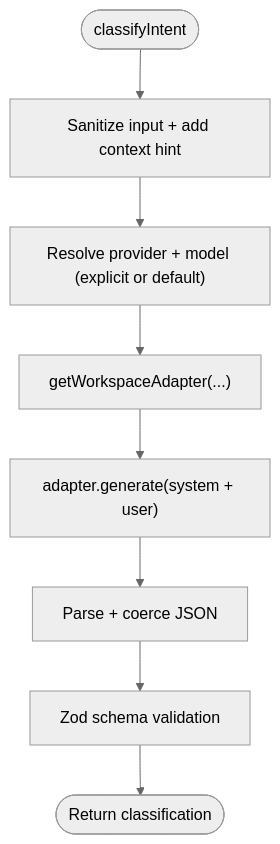
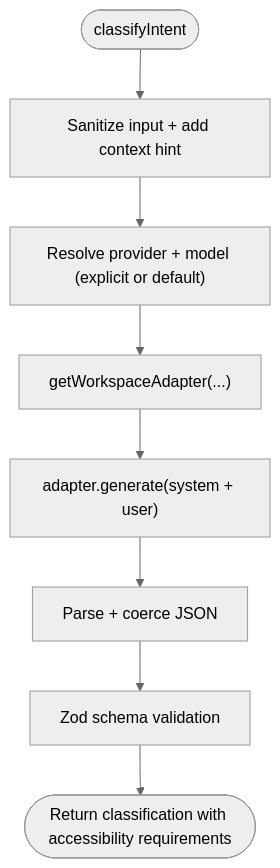
One commit to shekhargiri005-dotcom/AI-powered-accessibility-first-UI-engine changed the seventh of 11 diagrams in .qoder/repowiki/en/content/AI Generation Engine/AI Generation Engine.md. Above: the diagram before and after it, drawn with Mermaid (neutral theme). The commit also changed other lines of this file and 24 other files, not shown here.

````diff
--- a/.qoder/repowiki/en/content/AI Generation Engine/AI Generation Engine.md
+++ b/.qoder/repowiki/en/content/AI Generation Engine/AI Generation Engine.md
@@ -372,10 +399,10 @@
 ```mermaid
 flowchart TD
 CStart(["classifyIntent"]) --> Sanitize["Sanitize input + add context hint"]
 Sanitize --> Resolve["Resolve provider + model (explicit or default)"]
 Resolve --> Adapter["getWorkspaceAdapter(...)"]
 Adapter --> Call["adapter.generate(system + user)"]
 Call --> Parse["Parse + coerce JSON"]
 Parse --> Validate["Zod schema validation"]
-Validate --> Result(["Return classification"])
+Validate --> Result(["Return classification with accessibility requirements"])
 ```
````
